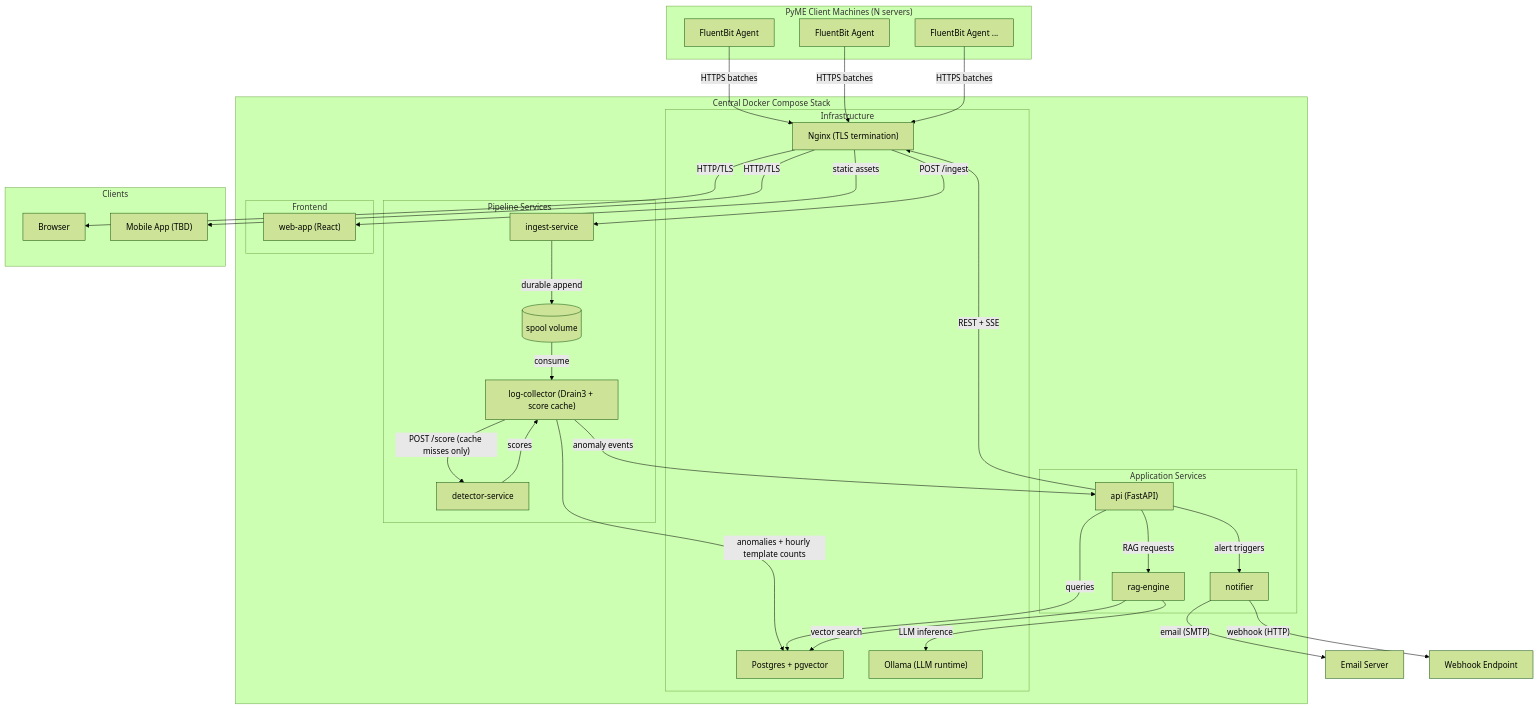
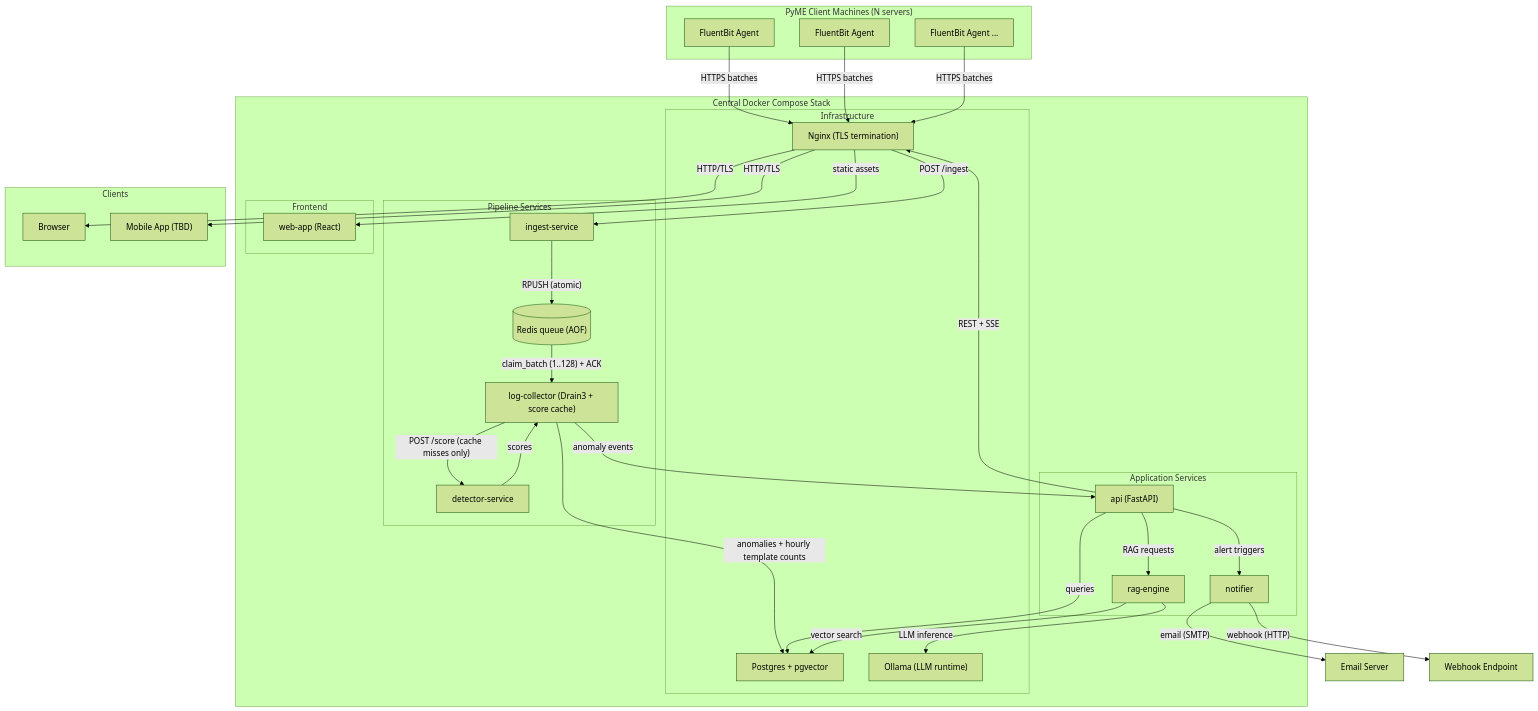
The first of 5 diagrams in ARCHITECTURE.md (SerraFacundo/anomaly-watch), drawn with Mermaid (forest theme) before and after one commit. The commit also changed other lines of this file and 13 other files, not shown here.

````diff
--- a/ARCHITECTURE.md
+++ b/ARCHITECTURE.md
@@ -55,66 +55,66 @@
 ```mermaid
 graph TB
     subgraph "PyME Client Machines (N servers)"
         FB1["FluentBit Agent"]
         FB2["FluentBit Agent"]
         FBN["FluentBit Agent ..."]
     end
 
     subgraph "Central Docker Compose Stack"
         subgraph "Infrastructure"
             PG["Postgres + pgvector"]
             NGINX["Nginx (TLS termination)"]
             OLLAMA["Ollama (LLM runtime)"]
         end
 
         subgraph "Pipeline Services"
             INGEST["ingest-service"]
-            SPOOL[("spool volume")]
+            REDIS[("Redis queue (AOF)")]
             COLLECTOR["log-collector (Drain3 + score cache)"]
             DETECTOR["detector-service"]
         end
 
         subgraph "Application Services"
             API["api (FastAPI)"]
             RAG["rag-engine"]
             NOTIFIER["notifier"]
         end
 
         subgraph "Frontend"
             WEBAPP["web-app (React)"]
         end
     end
 
     subgraph "Clients"
         BROWSER["Browser"]
         MOBILE["Mobile App (TBD)"]
     end
 
     FB1 -- "HTTPS batches" --> NGINX
     FB2 -- "HTTPS batches" --> NGINX
     FBN -- "HTTPS batches" --> NGINX
 
     NGINX -- "POST /ingest" --> INGEST
-    INGEST -- "durable append" --> SPOOL
-    SPOOL -- "consume" --> COLLECTOR
+    INGEST -- "RPUSH (atomic)" --> REDIS
+    REDIS -- "claim_batch (1..128) + ACK" --> COLLECTOR
     COLLECTOR -- "POST /score (cache misses only)" --> DETECTOR
     DETECTOR -- "scores" --> COLLECTOR
 
     COLLECTOR -- "anomaly events" --> API
     COLLECTOR -- "anomalies + hourly template counts" --> PG
 
     API -- "REST + SSE" --> NGINX
     API -- "queries" --> PG
     API -- "RAG requests" --> RAG
 
     RAG -- "vector search" --> PG
     RAG -- "LLM inference" --> OLLAMA
 
     API -- "alert triggers" --> NOTIFIER
     NOTIFIER -- "email (SMTP)" --> EMAIL["Email Server"]
     NOTIFIER -- "webhook (HTTP)" --> WEBHOOK["Webhook Endpoint"]
 
     NGINX -- "HTTP/TLS" --> BROWSER
     NGINX -- "HTTP/TLS" --> MOBILE
     NGINX -- "static assets" --> WEBAPP
 ```
````
